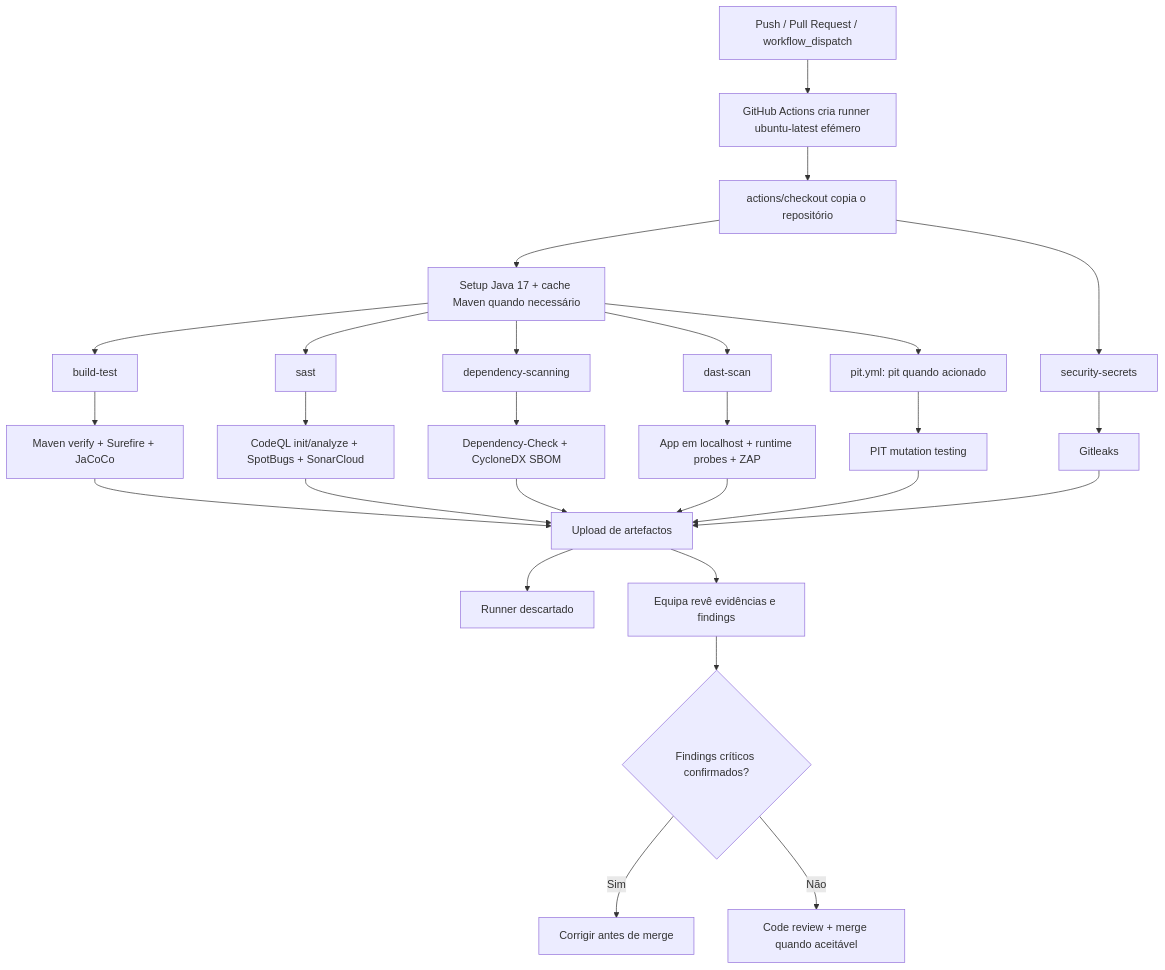
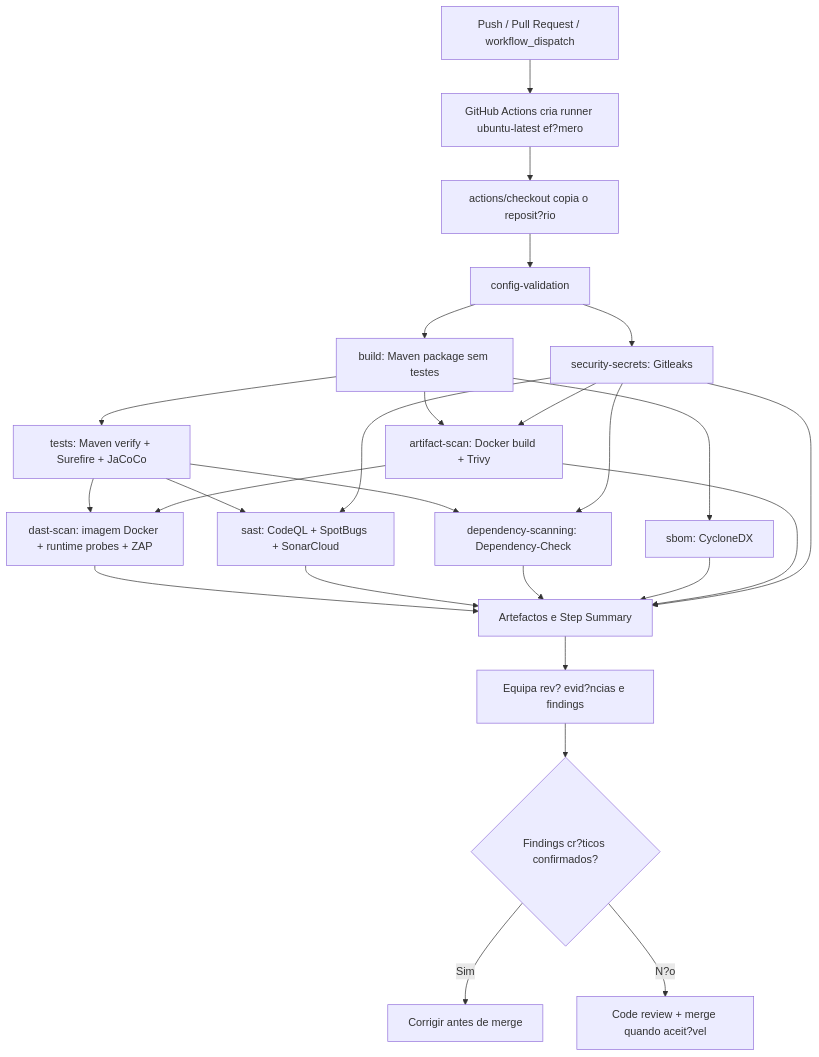
The first of 2 diagrams in Deliverables/Phase 2/Sprint 2/DEVSECOPS_PIPELINE.md (mei-desofs/desofs2026-wed_pbs_1), drawn with Mermaid before and after one commit. The commit also changed other lines of this file and 9 other files, not shown here.

````diff
--- a/Deliverables/Phase 2/Sprint 2/DEVSECOPS_PIPELINE.md
+++ b/Deliverables/Phase 2/Sprint 2/DEVSECOPS_PIPELINE.md
@@ -36,33 +37,28 @@
 ```mermaid
 flowchart TD
-    A["Push / Pull Request / workflow_dispatch"] --> B["GitHub Actions cria runner ubuntu-latest efémero"]
-    B --> C["actions/checkout copia o repositório"]
-    C --> D["Setup Java 17 + cache Maven quando necessário"]
-
-    D --> E["build-test"]
-    C --> F["security-secrets"]
-    D --> G["sast"]
-    D --> H["dependency-scanning"]
-    D --> I["dast-scan"]
-    D --> J["pit.yml: pit quando acionado"]
-
-    E --> E1["Maven verify + Surefire + JaCoCo"]
-    F --> F1["Gitleaks"]
-    G --> G1["CodeQL init/analyze + SpotBugs + SonarCloud"]
-    H --> H1["Dependency-Check + CycloneDX SBOM"]
-    I --> I1["App em localhost + runtime probes + ZAP"]
-    J --> J1["PIT mutation testing"]
-
-    E1 --> K["Upload de artefactos"]
-    F1 --> K
-    G1 --> K
-    H1 --> K
-    I1 --> K
-    J1 --> K
-
-    K --> L["Runner descartado"]
-    K --> M["Equipa revê evidências e findings"]
-    M --> N{"Findings críticos confirmados?"}
-    N -->|Sim| O["Corrigir antes de merge"]
-    N -->|Não| P["Code review + merge quando aceitável"]
+    A["Push / Pull Request / workflow_dispatch"] --> B["GitHub Actions cria runner ubuntu-latest ef?mero"]
+    B --> C["actions/checkout copia o reposit?rio"]
+    C --> D["config-validation"]
+    D --> E["build: Maven package sem testes"]
+    D --> F["security-secrets: Gitleaks"]
+    E --> G["tests: Maven verify + Surefire + JaCoCo"]
+    G --> H["sast: CodeQL + SpotBugs + SonarCloud"]
+    G --> I["dependency-scanning: Dependency-Check"]
+    E --> J["sbom: CycloneDX"]
+    E --> K["artifact-scan: Docker build + Trivy"]
+    F --> H
+    F --> I
+    F --> K
+    G --> L["dast-scan: imagem Docker + runtime probes + ZAP"]
+    K --> L
+    L --> M["Artefactos e Step Summary"]
+    H --> M
+    I --> M
+    J --> M
+    K --> M
+    F --> M
+    M --> N["Equipa rev? evid?ncias e findings"]
+    N --> O{"Findings cr?ticos confirmados?"}
+    O -->|Sim| P["Corrigir antes de merge"]
+    O -->|N?o| Q["Code review + merge quando aceit?vel"]
 ```
````
